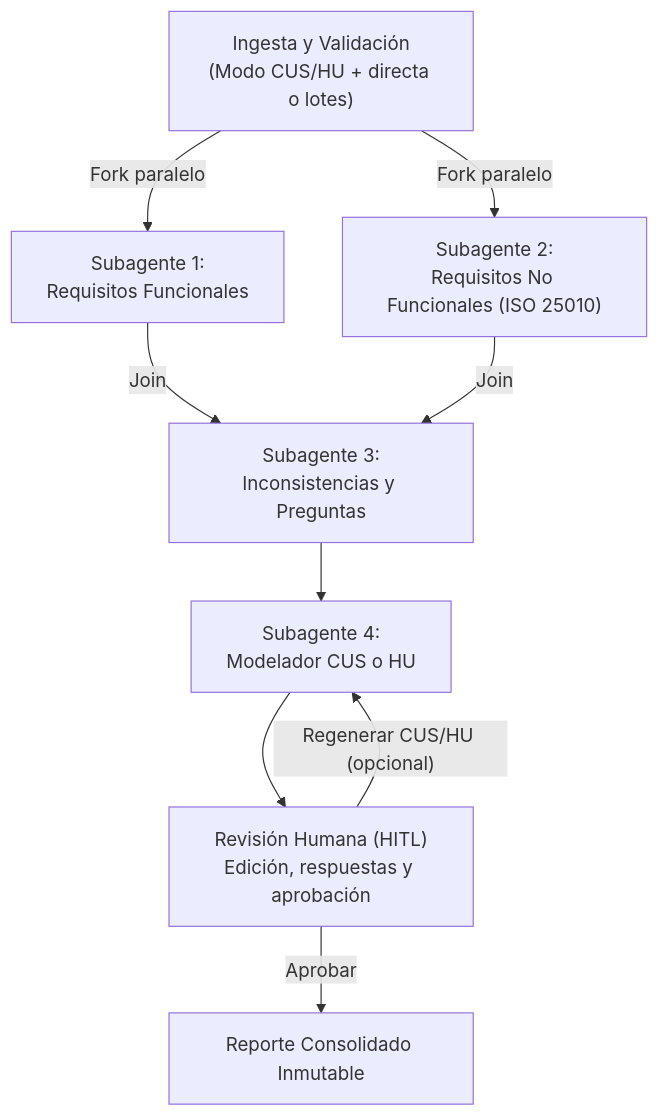
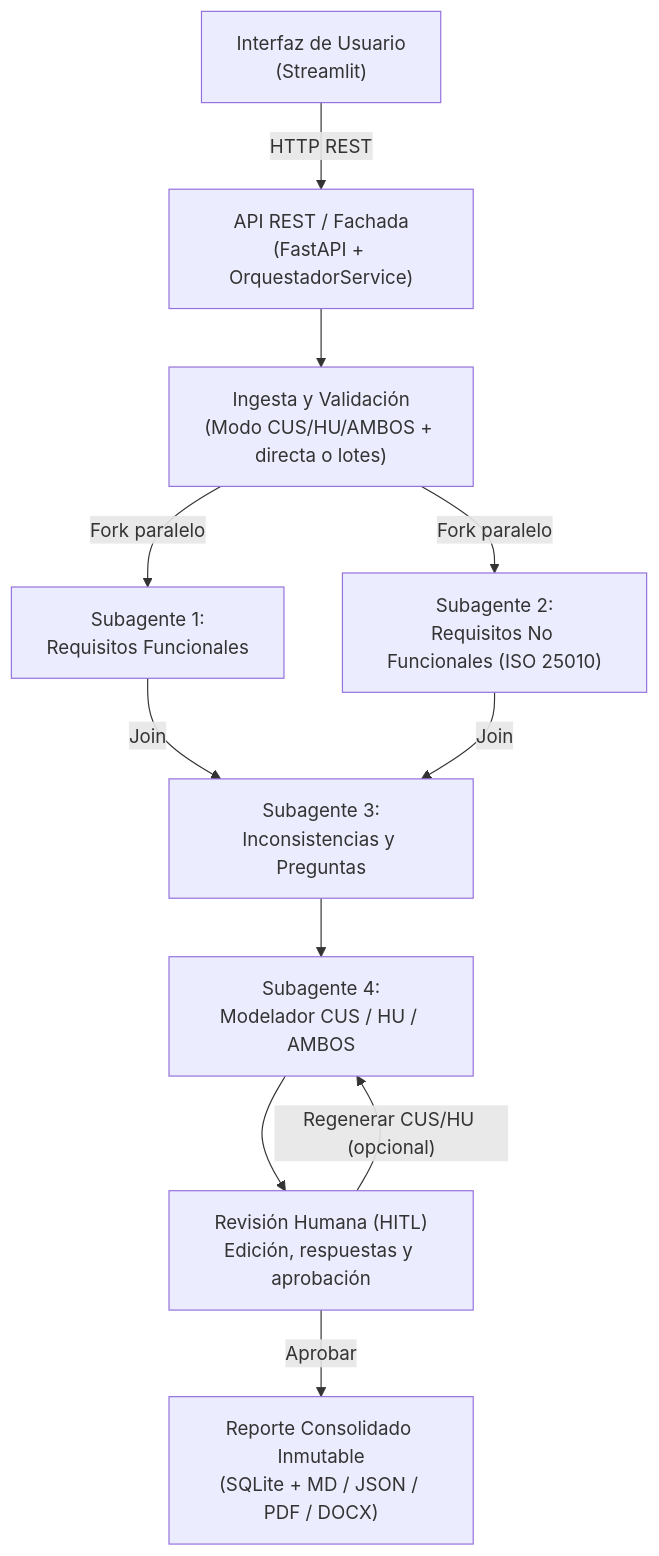
Before and after one commit to Cjoshue18/MultiAgenteAnalisisRequisitos: the diagram in README.md, drawn with Mermaid. The commit also changed other lines of this file, not shown here.

Commit message:
docs(readme): actualizar diagrama y estructura con fastapi y streamlit

````diff
--- a/README.md
+++ b/README.md
@@ -9,11 +9,13 @@
 ```mermaid
 flowchart TD
-    In["Ingesta y Validación\n(Modo CUS/HU + directa o lotes)"] -->|"Fork paralelo"| RF["Subagente 1:\nRequisitos Funcionales"]
+    UI["Interfaz de Usuario\n(Streamlit)"] -->|"HTTP REST"| API["API REST / Fachada\n(FastAPI + OrquestadorService)"]
+    API --> In["Ingesta y Validación\n(Modo CUS/HU/AMBOS + directa o lotes)"]
+    In -->|"Fork paralelo"| RF["Subagente 1:\nRequisitos Funcionales"]
     In -->|"Fork paralelo"| RNF["Subagente 2:\nRequisitos No Funcionales (ISO 25010)"]
     RF -->|"Join"| Inc["Subagente 3:\nInconsistencias y Preguntas"]
     RNF -->|"Join"| Inc
-    Inc --> CUS["Subagente 4:\nModelador CUS o HU"]
+    Inc --> CUS["Subagente 4:\nModelador CUS / HU / AMBOS"]
     CUS --> HITL["Revisión Humana (HITL)\nEdición, respuestas y aprobación"]
     HITL -->|"Regenerar CUS/HU (opcional)"| CUS
-    HITL -->|"Aprobar"| Out["Reporte Consolidado Inmutable"]
+    HITL -->|"Aprobar"| Out["Reporte Consolidado Inmutable\n(SQLite + MD / JSON / PDF / DOCX)"]
 ```
````
